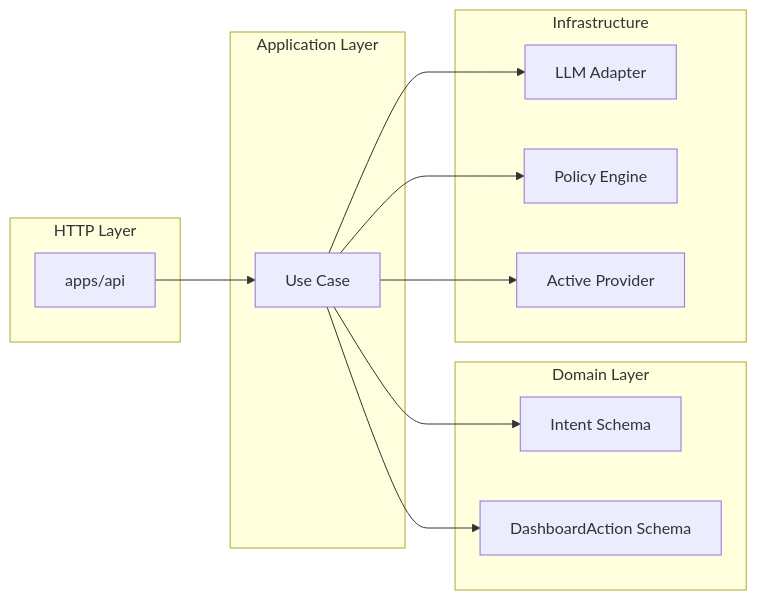
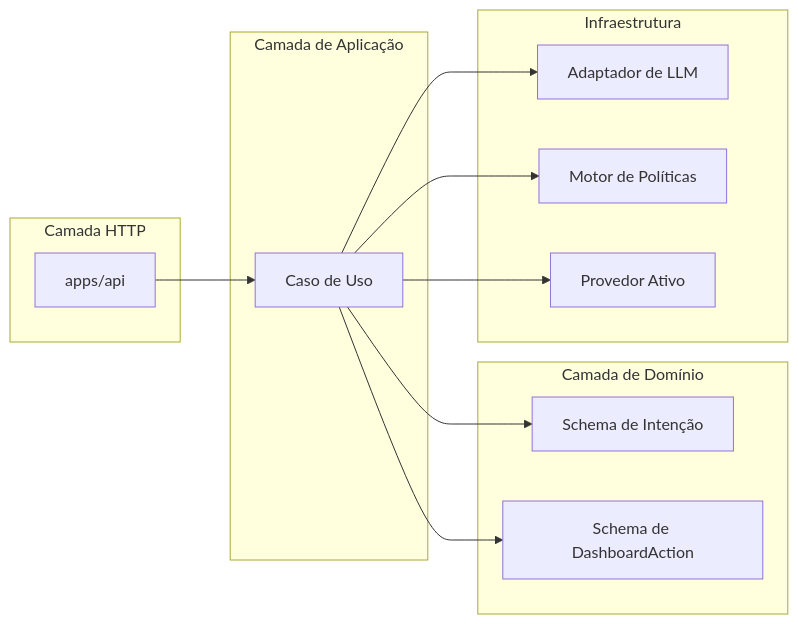
One commit to fernandesyuri33/chat-observatorio-turismo changed the third of 8 diagrams in docs/arquitetura.md. Above: the diagram before and after it, drawn with Mermaid. The commit also changed other lines of this file and 1 other file, not shown here.

````diff
--- a/docs/arquitetura.md
+++ b/docs/arquitetura.md
@@ -71,29 +71,29 @@
 ```mermaid
 flowchart LR
 
-subgraph HTTP Layer
+subgraph Camada HTTP
 A[apps/api]
 end
 
-subgraph Application Layer
-B[Use Case]
+subgraph Camada de Aplicação
+B[Caso de Uso]
 end
 
-subgraph Domain Layer
-C[Intent Schema]
-D[DashboardAction Schema]
+subgraph Camada de Domínio
+C[Schema de Intenção]
+D[Schema de DashboardAction]
 end
 
-subgraph Infrastructure
-E[LLM Adapter]
-F[Policy Engine]
-G[Active Provider]
+subgraph Infraestrutura
+E[Adaptador de LLM]
+F[Motor de Políticas]
+G[Provedor Ativo]
 end
 
 A --> B
 B --> C
 B --> D
 B --> E
 B --> F
 B --> G
 ```
````
